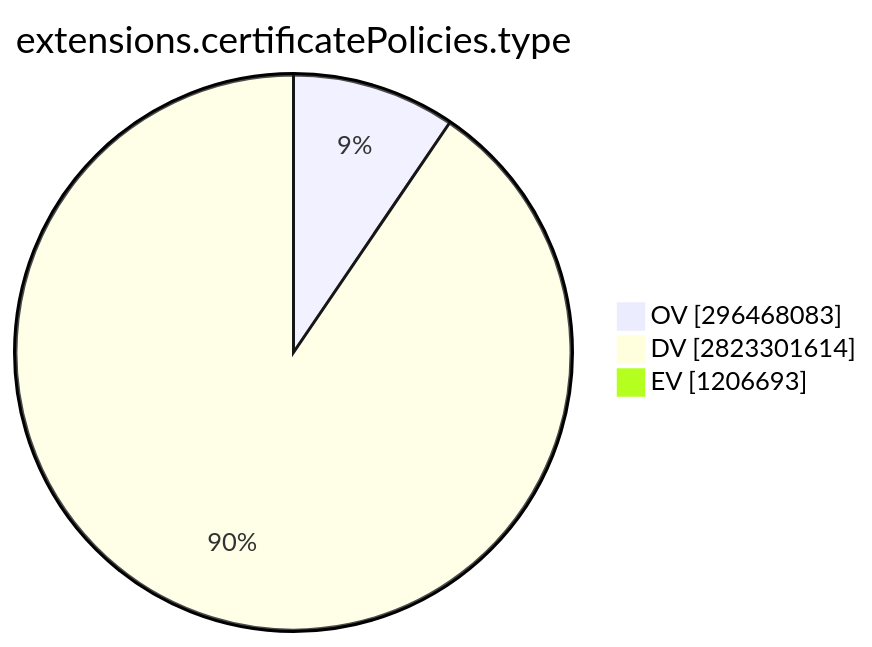
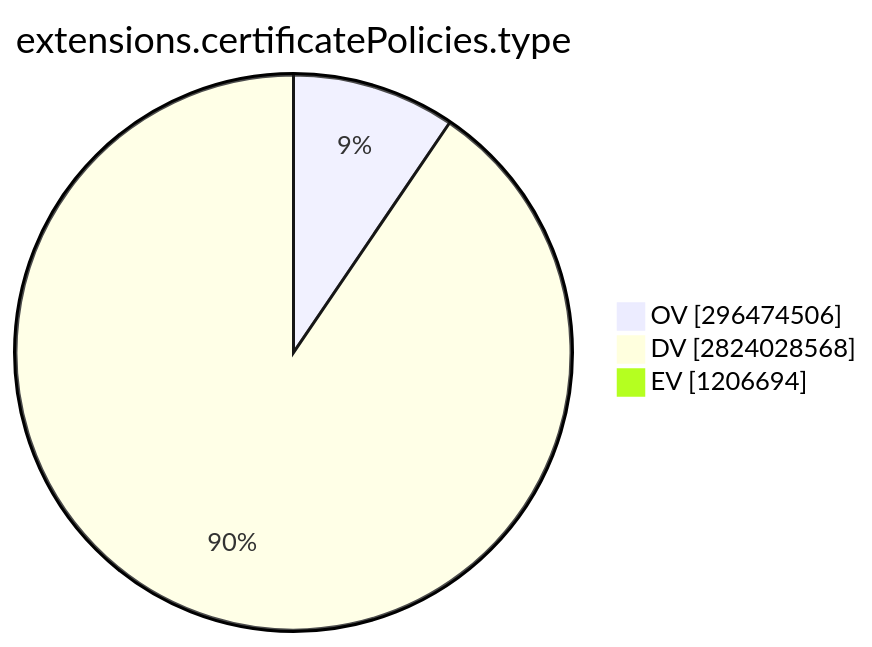
One commit to christiankrug/ctmonitor_visualization changed the ninth of 15 diagrams in TOTAL/README.md. Above: the diagram before and after it, drawn with Mermaid. The commit also changed other lines of this file, not shown here.

````diff
--- a/TOTAL/README.md
+++ b/TOTAL/README.md
@@ -3099,7 +3099,7 @@
 ```mermaid
 pie showData
 title extensions.certificatePolicies.type
-"OV" :296468083
-"DV" :2823301614
-"EV" :1206693
+"OV" :296474506
+"DV" :2824028568
+"EV" :1206694
 ```
````
